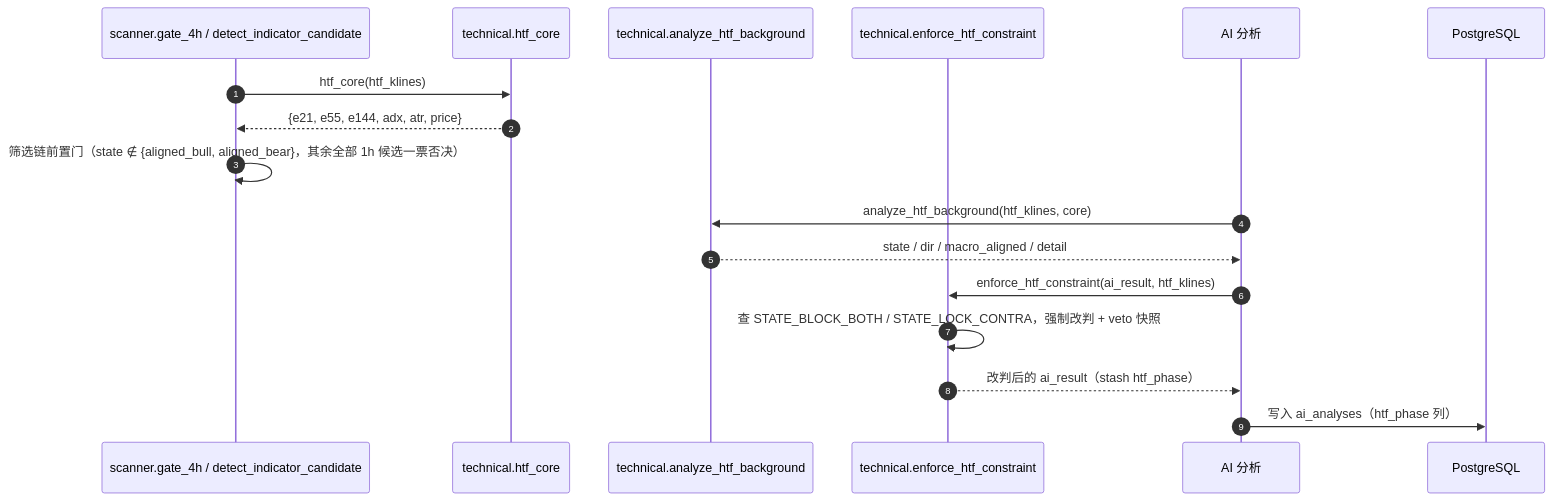
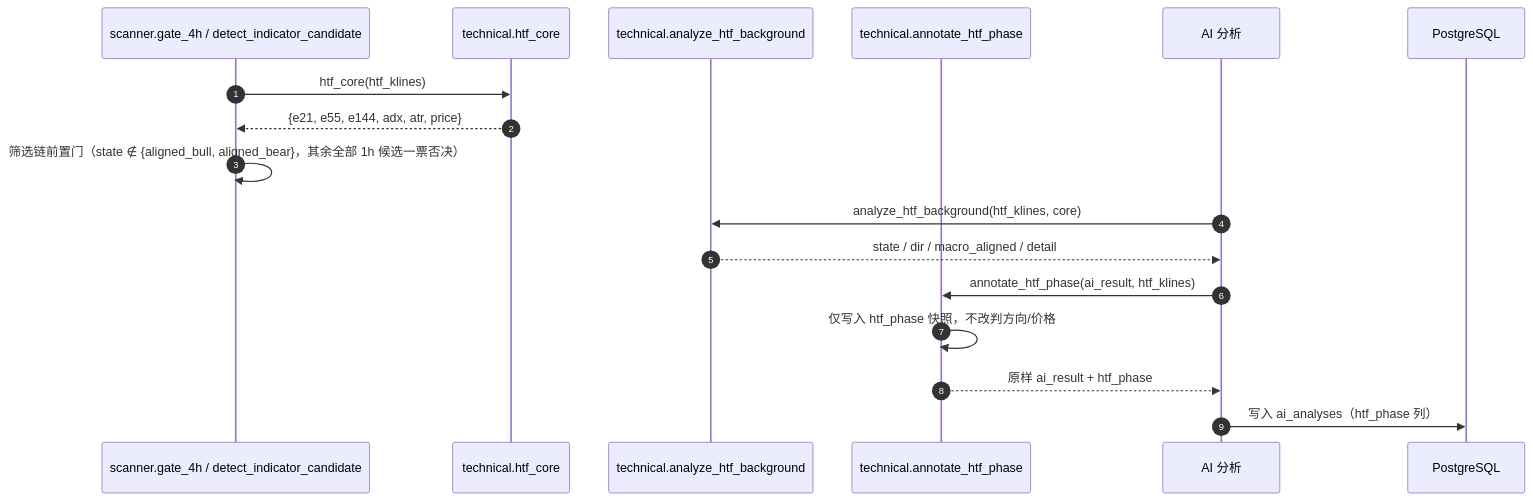
One commit to wwei-github/trading-workbench changed the fourth of 4 diagrams in docs/信号与形态/13-4H背景排列强度判定.md. Above: the diagram before and after it, drawn with Mermaid. The commit also changed other lines of this file and 24 other files, not shown here.

````diff
--- a/docs/信号与形态/13-4H背景排列强度判定.md
+++ b/docs/信号与形态/13-4H背景排列强度判定.md
@@ -261,20 +269,20 @@
 ```mermaid
 sequenceDiagram
     autonumber
     participant SC as scanner.gate_4h / detect_indicator_candidate
     participant TC as technical.htf_core
     participant AB as technical.analyze_htf_background
-    participant EC as technical.enforce_htf_constraint
+    participant EC as technical.annotate_htf_phase
     participant AA as AI 分析
     participant DB as PostgreSQL
 
     SC->>TC: htf_core(htf_klines)
     TC-->>SC: {e21, e55, e144, adx, atr, price}
     SC->>SC: 筛选链前置门（state ∉ {aligned_bull, aligned_bear}，其余全部 1h 候选一票否决）
     AA->>AB: analyze_htf_background(htf_klines, core)
     AB-->>AA: state / dir / macro_aligned / detail
-    AA->>EC: enforce_htf_constraint(ai_result, htf_klines)
-    EC->>EC: 查 STATE_BLOCK_BOTH / STATE_LOCK_CONTRA，强制改判 + veto 快照
-    EC-->>AA: 改判后的 ai_result（stash htf_phase）
+    AA->>EC: annotate_htf_phase(ai_result, htf_klines)
+    EC->>EC: 仅写入 htf_phase 快照，不改判方向/价格
+    EC-->>AA: 原样 ai_result + htf_phase
     AA->>DB: 写入 ai_analyses（htf_phase 列）
 ```
````
